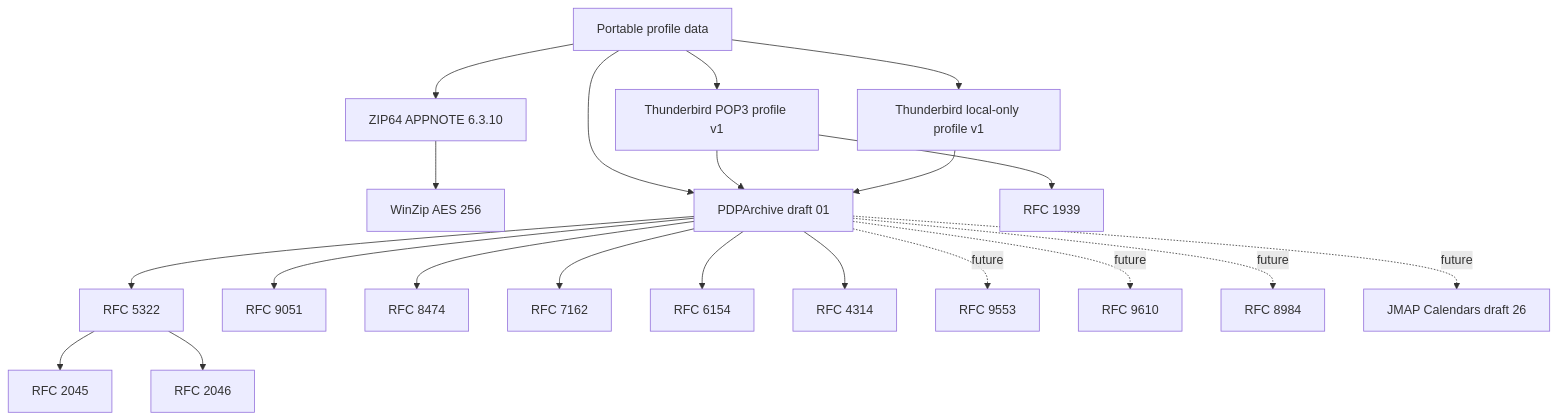
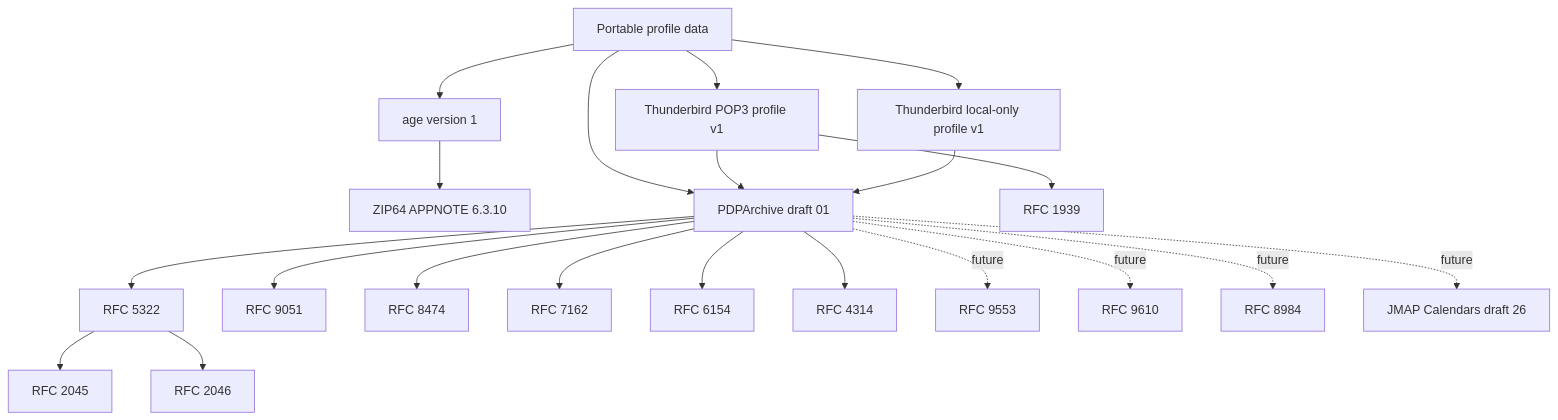
The diagram in docs/standards/portable-profile-data.md (thunderbird/thunderbird-android), drawn with Mermaid before and after one commit. The commit also changed other lines of this file and 3 other files, not shown here.

````diff
--- a/docs/standards/portable-profile-data.md
+++ b/docs/standards/portable-profile-data.md
@@ -39,23 +39,23 @@
 ```mermaid
 graph TD
-    PROFILE[Portable profile data] --> ZIP[ZIP64 APPNOTE 6.3.10]
-    ZIP --> ZIPAES[WinZip AES 256]
+    PROFILE[Portable profile data] --> AGE[age version 1]
+    AGE --> ZIP[ZIP64 APPNOTE 6.3.10]
     PROFILE --> PDPA[PDPArchive draft 01]
     PDPA --> IMF[RFC 5322]
     IMF --> MIME1[RFC 2045]
     IMF --> MIME2[RFC 2046]
     PDPA --> IMAP[RFC 9051]
     PDPA --> OBJECTID[RFC 8474]
     PDPA --> CONDSTORE[RFC 7162]
     PDPA --> SPECIALUSE[RFC 6154]
     PDPA --> ACL[RFC 4314]
     PROFILE --> POPPROFILE[Thunderbird POP3 profile v1]
     PROFILE --> LOCALPROFILE[Thunderbird local-only profile v1]
     POPPROFILE --> POP3[RFC 1939]
     POPPROFILE --> PDPA
     LOCALPROFILE --> PDPA
     PDPA -. future .-> JSCONTACT[RFC 9553]
     PDPA -. future .-> JMAPCONTACTS[RFC 9610]
     PDPA -. future .-> JSCALENDAR[RFC 8984]
     PDPA -. future .-> JMAPCAL[JMAP Calendars draft 26]
 ```
````
